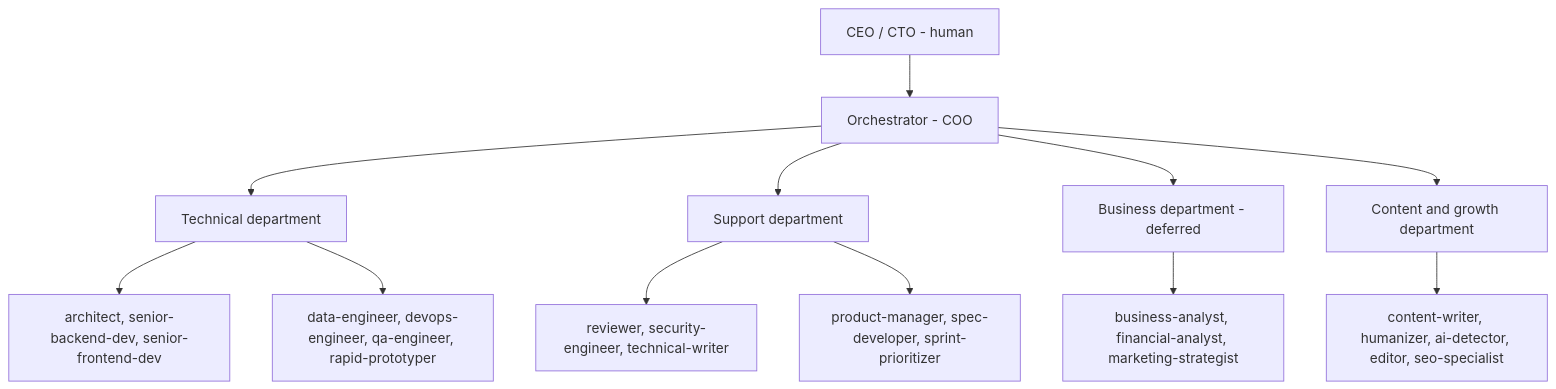
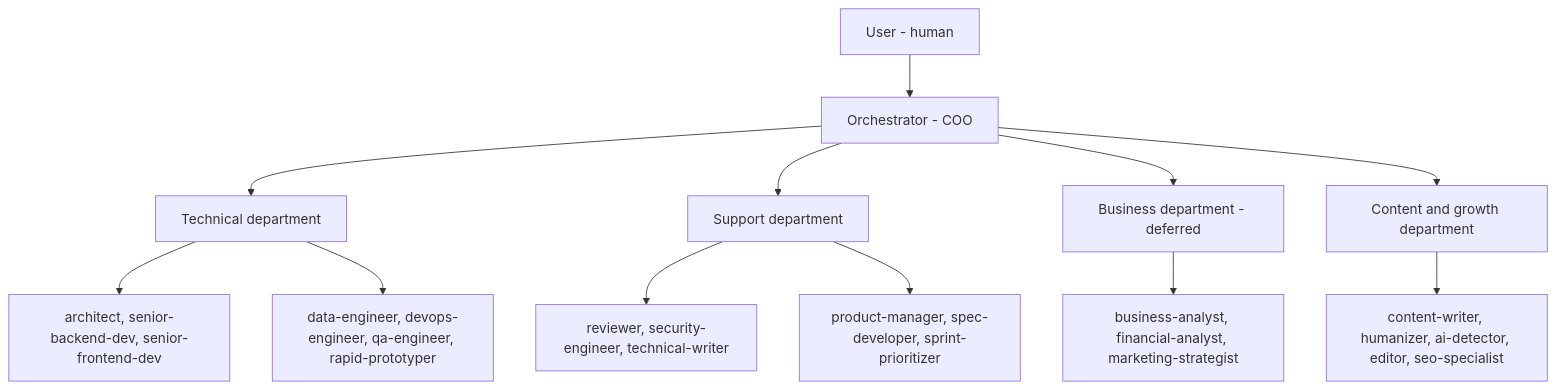
The second of 2 diagrams in README.md (AlexWaha/agentry), drawn with Mermaid before and after one commit. The commit also changed other lines of this file and 142 other files, not shown here.

First line of the commit message:
[task-0094] chore: rename the human role from CEO to User across the harness

````diff
--- a/README.md
+++ b/README.md
@@ -88,16 +88,16 @@
 ```mermaid
 graph TD
-    CEO[CEO / CTO - human]
+    USR[User - human]
     ORCH[Orchestrator - COO]
-    CEO --> ORCH
+    USR --> ORCH
     ORCH --> TECH[Technical department]
     ORCH --> SUP[Support department]
     ORCH --> BIZ[Business department - deferred]
     ORCH --> GROWTH[Content and growth department]
     TECH --> T1[architect, senior-backend-dev, senior-frontend-dev]
     TECH --> T2[data-engineer, devops-engineer, qa-engineer, rapid-prototyper]
     SUP --> S1[reviewer, security-engineer, technical-writer]
     SUP --> S2[product-manager, spec-developer, sprint-prioritizer]
     BIZ --> B1[business-analyst, financial-analyst, marketing-strategist]
     GROWTH --> G1[content-writer, humanizer, ai-detector, editor, seo-specialist]
 ```
````
